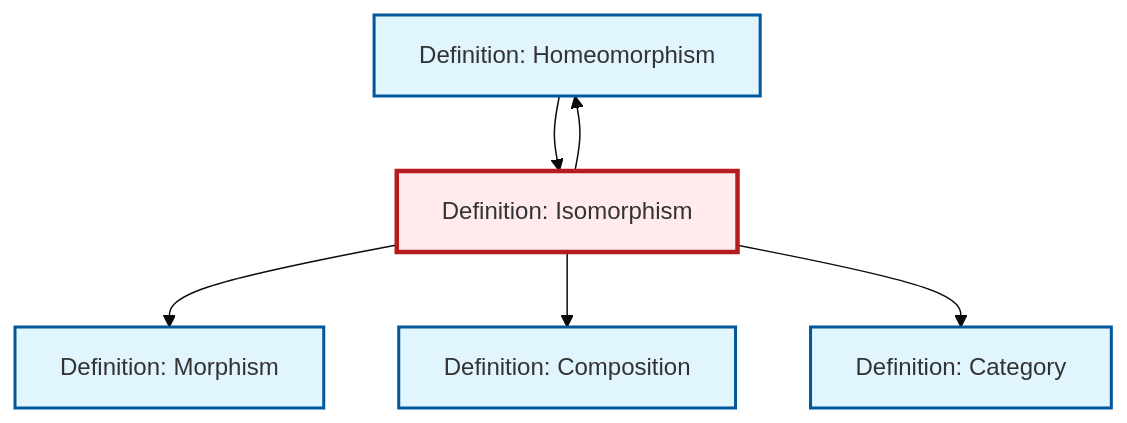
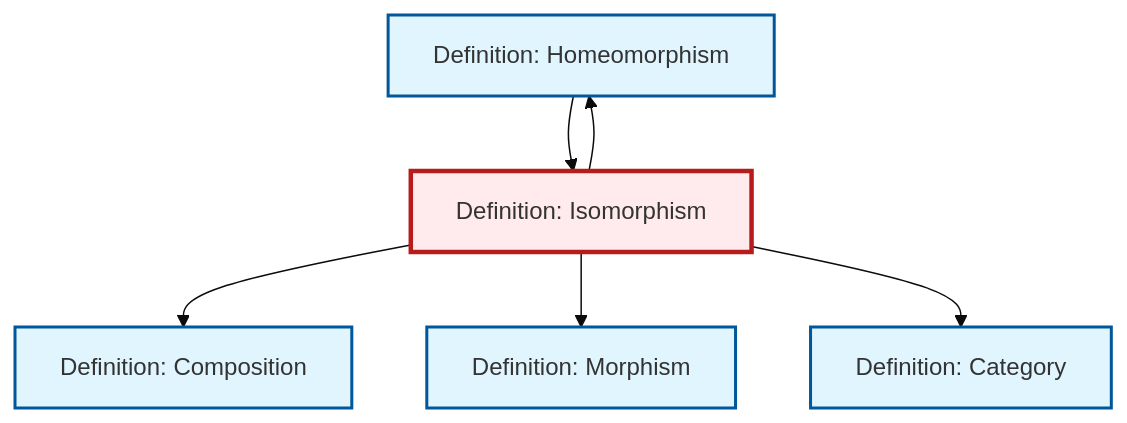
The diagram in content/ja/category-theory/def-isomorphism.qmd (RK0429/ModernMath), drawn with Mermaid (base theme) before and after one commit. The commit also changed other lines of this file and 491 other files, not shown here.

````diff
--- a/content/ja/category-theory/def-isomorphism.qmd
+++ b/content/ja/category-theory/def-isomorphism.qmd
@@ -84,24 +84,24 @@
 ```{mermaid}
 %%| fig-cap: "Local dependency graph"
 graph TD
     classDef definition fill:#e1f5fe,stroke:#01579b,stroke-width:2px
     classDef theorem fill:#f3e5f5,stroke:#4a148c,stroke-width:2px
     classDef axiom fill:#fff3e0,stroke:#e65100,stroke-width:2px
     classDef example fill:#e8f5e9,stroke:#1b5e20,stroke-width:2px
     classDef current fill:#ffebee,stroke:#b71c1c,stroke-width:3px
+    def-composition["Definition: Composition"]:::definition
     def-category["Definition: Category"]:::definition
-    def-composition["Definition: Composition"]:::definition
+    def-homeomorphism["Definition: Homeomorphism"]:::definition
     def-morphism["Definition: Morphism"]:::definition
-    def-homeomorphism["Definition: Homeomorphism"]:::definition
     def-isomorphism["Definition: Isomorphism"]:::definition
+    def-isomorphism --> def-composition
     def-isomorphism --> def-morphism
+    def-isomorphism --> def-homeomorphism
     def-homeomorphism --> def-isomorphism
-    def-isomorphism --> def-homeomorphism
-    def-isomorphism --> def-composition
     def-isomorphism --> def-category
     class def-isomorphism current
+    click def-composition "def-composition.html" "Definition: Compositionへ"
     click def-category "def-category.html" "Definition: Categoryへ"
-    click def-composition "def-composition.html" "Definition: Compositionへ"
+    click def-homeomorphism "def-homeomorphism.html" "Definition: Homeomorphismへ"
     click def-morphism "def-morphism.html" "Definition: Morphismへ"
-    click def-homeomorphism "def-homeomorphism.html" "Definition: Homeomorphismへ"
 ```
````
